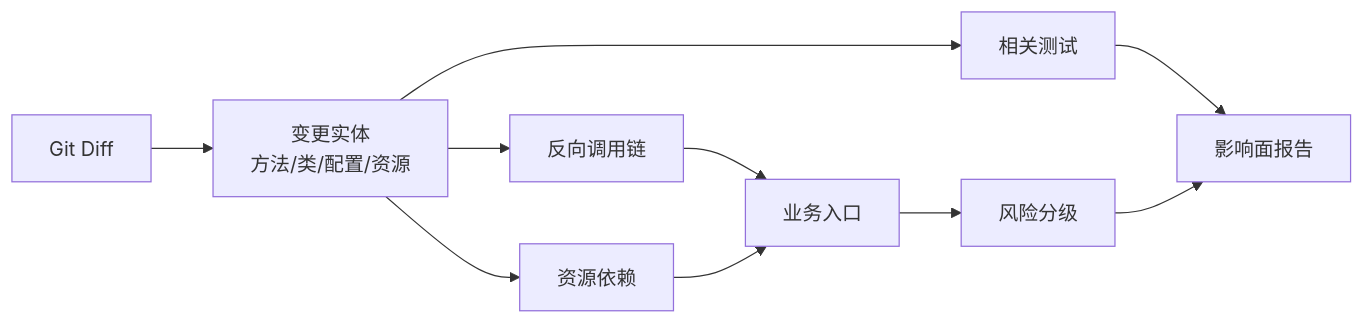
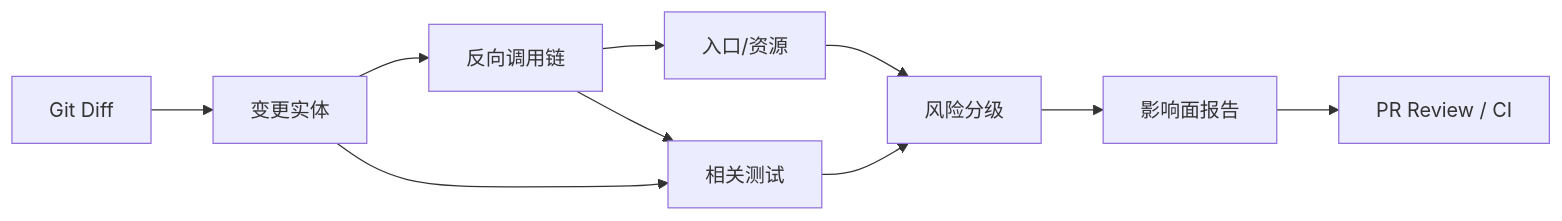
The diagram in part4/change-impact-verification.md (shawnxie94/code-visualization-book), drawn with Mermaid before and after one commit. The commit also changed other lines of this file and 92 other files, not shown here.

````diff
--- a/part4/change-impact-verification.md
+++ b/part4/change-impact-verification.md
@@ -7,12 +25,12 @@
 ```mermaid
 flowchart LR
-  Diff["Git Diff"] --> Entity["变更实体<br/>方法/类/配置/资源"]
-  Entity --> Callers["反向调用链"]
-  Entity --> Resources["资源依赖"]
-  Callers --> Entrypoints["业务入口"]
-  Resources --> Entrypoints
-  Entity --> Tests["相关测试"]
-  Entrypoints --> Risk["风险分级"]
-  Tests --> Report["影响面报告"]
-  Risk --> Report
+ Diff[Git Diff] --> Entities[变更实体]
+ Entities --> Callers[反向调用链]
+ Callers --> Entries[入口/资源]
+ Entities --> Tests[相关测试]
+ Callers --> Tests
+ Entries --> Risk[风险分级]
+ Tests --> Risk
+ Risk --> Report[影响面报告]
+ Report --> PR[PR Review / CI]
 ```
````
